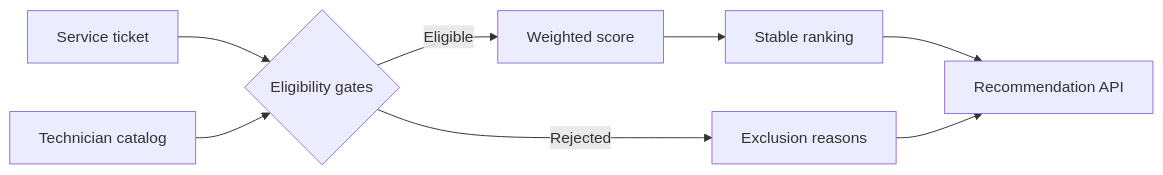
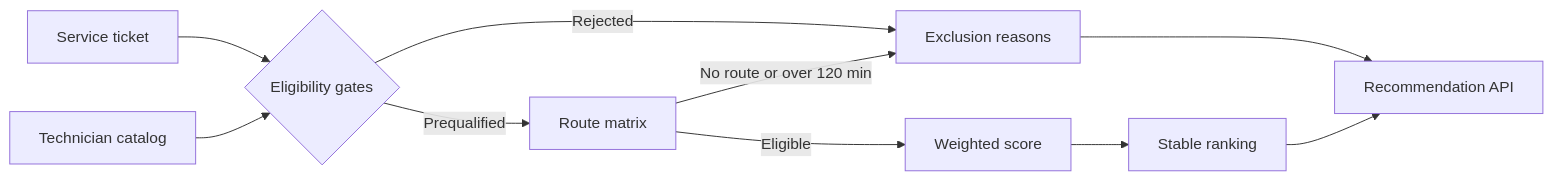
Before and after one commit to cr7yash/geoops-ai: the diagram in docs/dispatch-policy.md, drawn with Mermaid. The commit also changed other lines of this file and 29 other files, not shown here.

````diff
--- a/docs/dispatch-policy.md
+++ b/docs/dispatch-policy.md
@@ -7,10 +7,12 @@
 ```mermaid
 flowchart LR
     TICKET[Service ticket] --> GATES{Eligibility gates}
     TECH[Technician catalog] --> GATES
     GATES -->|Rejected| AUDIT[Exclusion reasons]
-    GATES -->|Eligible| SCORE[Weighted score]
+    GATES -->|Prequalified| ROUTES[Route matrix]
+    ROUTES -->|No route or over 120 min| AUDIT
+    ROUTES -->|Eligible| SCORE[Weighted score]
     SCORE --> RANK[Stable ranking]
     RANK --> API[Recommendation API]
     AUDIT --> API
 ```
````
